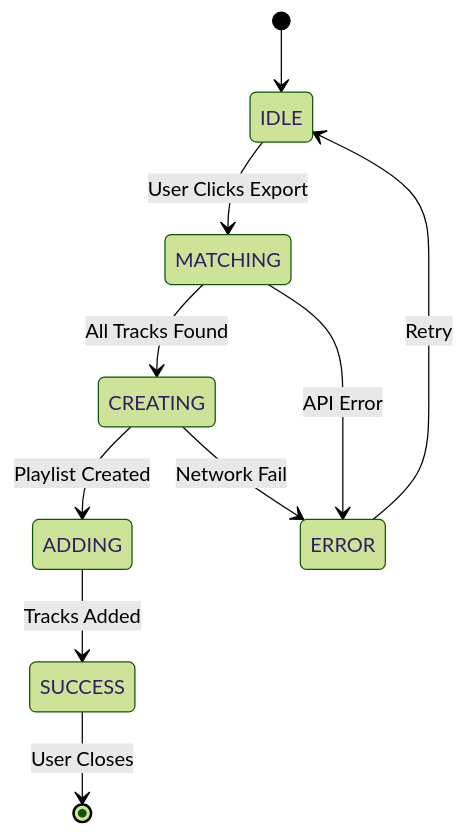
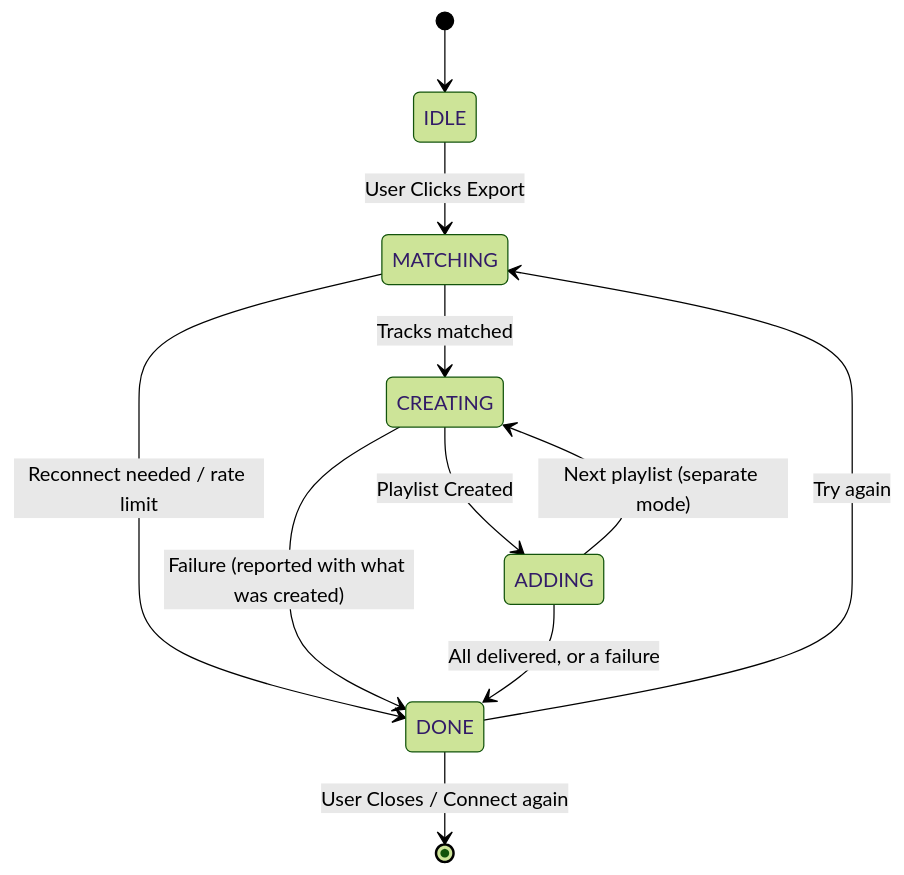
Before and after one commit to maujrp99/MJRP_AlbumsBalancedPlaylists_v0: the diagram in docs/manual/11_Frontend_Components_Root.md, drawn with Mermaid (forest theme). The commit also changed other lines of this file and 15 other files, not shown here.

````diff
--- a/docs/manual/11_Frontend_Components_Root.md
+++ b/docs/manual/11_Frontend_Components_Root.md
@@ -108,12 +110,13 @@
 ```mermaid
 stateDiagram-v2
     [*] --> IDLE
     IDLE --> MATCHING: User Clicks Export
-    MATCHING --> CREATING: All Tracks Found
-    MATCHING --> ERROR: API Error
+    MATCHING --> CREATING: Tracks matched
+    MATCHING --> DONE: Reconnect needed / rate limit
     CREATING --> ADDING: Playlist Created
-    CREATING --> ERROR: Network Fail
-    ADDING --> SUCCESS: Tracks Added
-    SUCCESS --> [*]: User Closes
-    ERROR --> IDLE: Retry
+    CREATING --> DONE: Failure (reported with what was created)
+    ADDING --> CREATING: Next playlist (separate mode)
+    ADDING --> DONE: All delivered, or a failure
+    DONE --> MATCHING: Try again
+    DONE --> [*]: User Closes / Connect again
 ```
````
